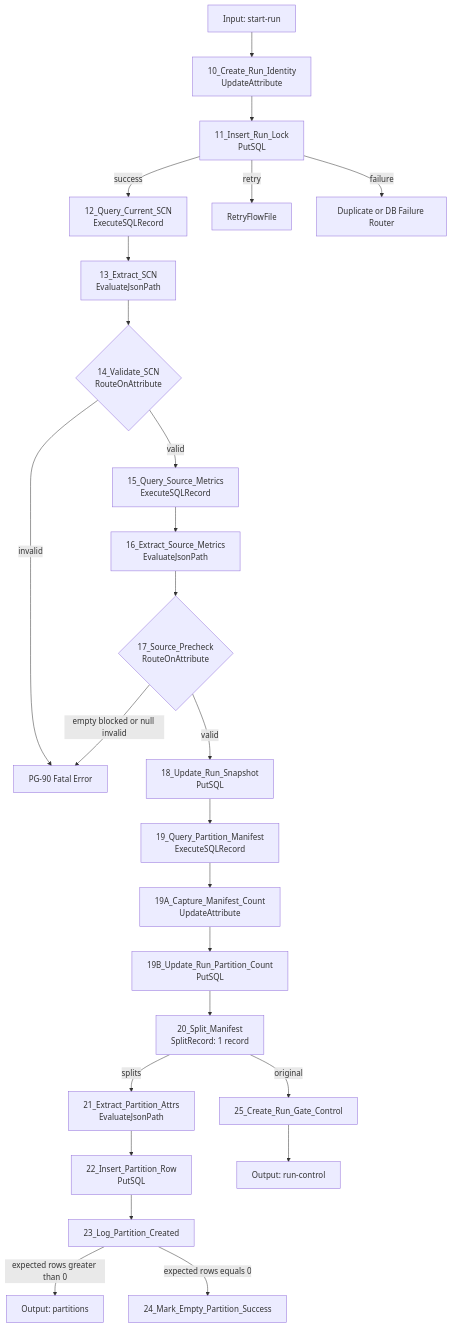
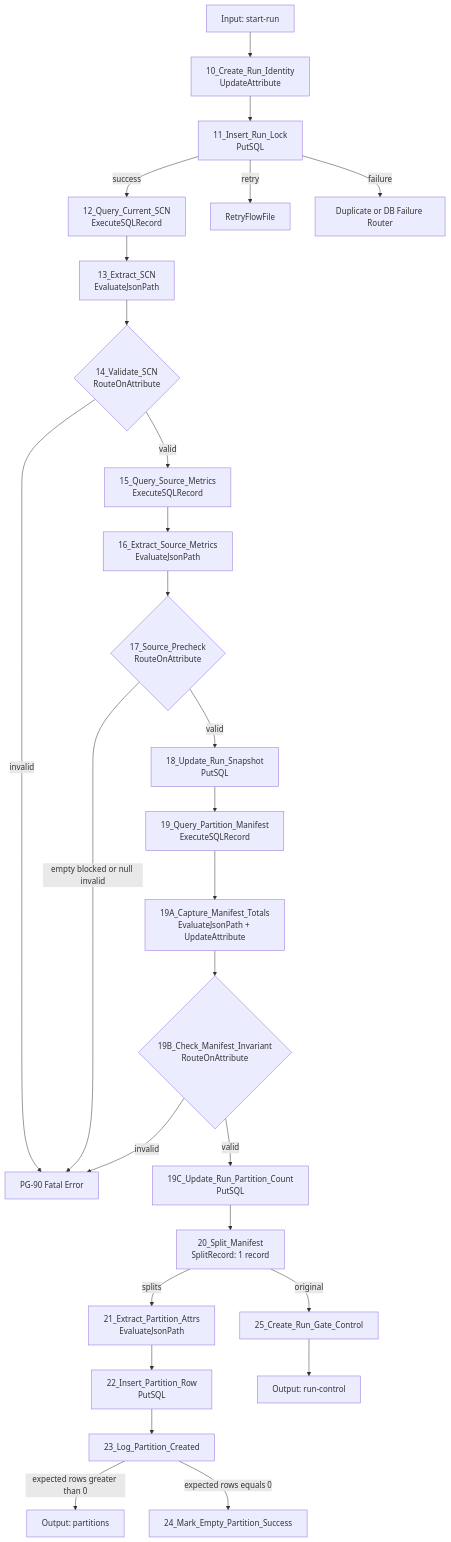
Before and after one commit to DataDynamics/nifi-sqoop-removal: the fifth of 13 diagrams in nifi-sqoop-removal-guide.md, drawn with Mermaid. The commit also changed other lines of this file and 3 other files, not shown here.

````diff
--- a/nifi-sqoop-removal-guide.md
+++ b/nifi-sqoop-removal-guide.md
@@ -718,27 +731,29 @@
 ```mermaid
 flowchart TD
     I[Input: start-run] --> A[10_Create_Run_Identity<br/>UpdateAttribute]
     A --> B[11_Insert_Run_Lock<br/>PutSQL]
     B -->|success| C[12_Query_Current_SCN<br/>ExecuteSQLRecord]
     B -->|retry| BR[RetryFlowFile]
     B -->|failure| BF[Duplicate or DB Failure Router]
     C --> D[13_Extract_SCN<br/>EvaluateJsonPath]
     D --> E{14_Validate_SCN<br/>RouteOnAttribute}
     E -->|valid| F[15_Query_Source_Metrics<br/>ExecuteSQLRecord]
     E -->|invalid| X[PG-90 Fatal Error]
     F --> G[16_Extract_Source_Metrics<br/>EvaluateJsonPath]
     G --> H{17_Source_Precheck<br/>RouteOnAttribute}
     H -->|empty blocked or null invalid| X
     H -->|valid| J[18_Update_Run_Snapshot<br/>PutSQL]
     J --> K[19_Query_Partition_Manifest<br/>ExecuteSQLRecord]
-    K --> KC[19A_Capture_Manifest_Count<br/>UpdateAttribute]
-    KC --> KU[19B_Update_Run_Partition_Count<br/>PutSQL]
+    K --> KC[19A_Capture_Manifest_Totals<br/>EvaluateJsonPath + UpdateAttribute]
+    KC --> KV{19B_Check_Manifest_Invariant<br/>RouteOnAttribute}
+    KV -->|invalid| X
+    KV -->|valid| KU[19C_Update_Run_Partition_Count<br/>PutSQL]
     KU --> L[20_Split_Manifest<br/>SplitRecord: 1 record]
     L -->|splits| M[21_Extract_Partition_Attrs<br/>EvaluateJsonPath]
     M --> N[22_Insert_Partition_Row<br/>PutSQL]
     N --> O[23_Log_Partition_Created]
     O -->|expected rows greater than 0| OUT[Output: partitions]
     O -->|expected rows equals 0| Z[24_Mark_Empty_Partition_Success]
     L -->|original| Q[25_Create_Run_Gate_Control]
     Q --> R[Output: run-control]
 ```
````
